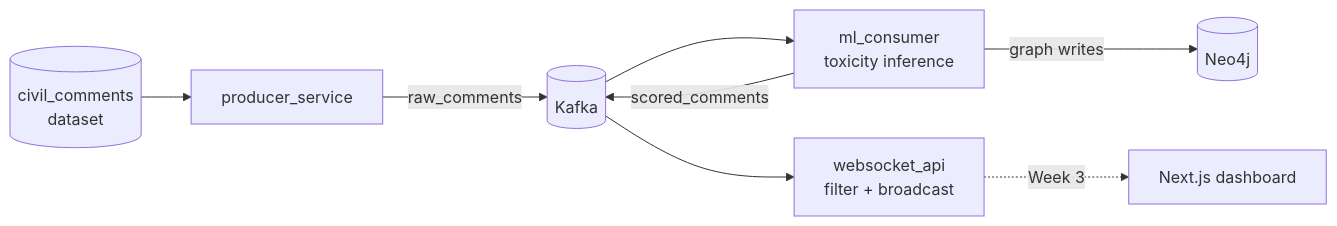
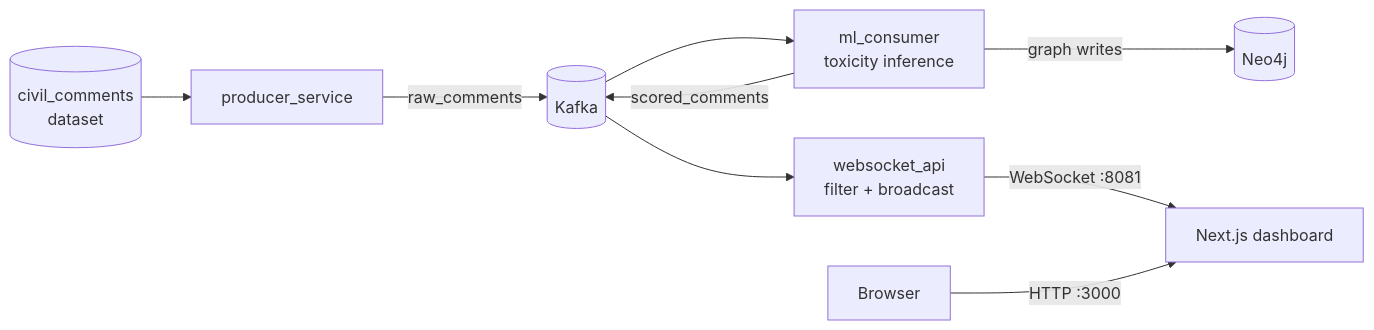
The diagram in docs/index.md (mj-weshh/realtime-moderation-engine), drawn with Mermaid before and after one commit. The commit also changed other lines of this file and 8 other files, not shown here.

Commit message:
docs: add frontend dashboard reference and complete Week 3 doc sweep

````diff
--- a/docs/index.md
+++ b/docs/index.md
@@ -10,10 +10,11 @@
 ```mermaid
 flowchart LR
     dataset[("civil_comments<br/>dataset")] --> producer[producer_service]
     producer -- "raw_comments" --> kafka[(Kafka)]
     kafka --> consumer[ml_consumer<br/>toxicity inference]
     consumer -- "graph writes" --> neo4j[(Neo4j)]
     consumer -- "scored_comments" --> kafka
     kafka --> ws[websocket_api<br/>filter + broadcast]
-    ws -. "Week 3" .-> ui[Next.js dashboard]
+    ws -- "WebSocket :8081" --> ui[Next.js dashboard]
+    browser[Browser] -- "HTTP :3000" --> ui
 ```
````
